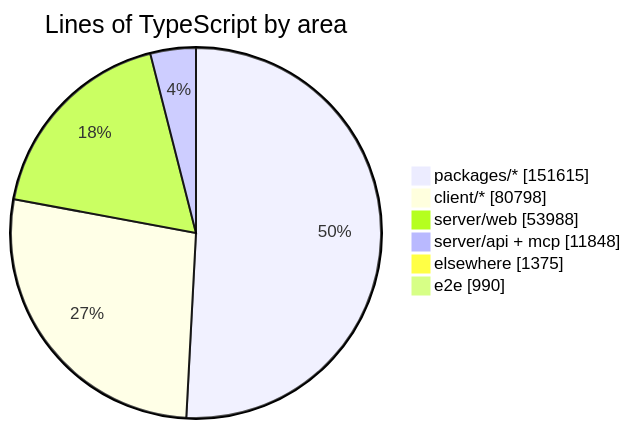
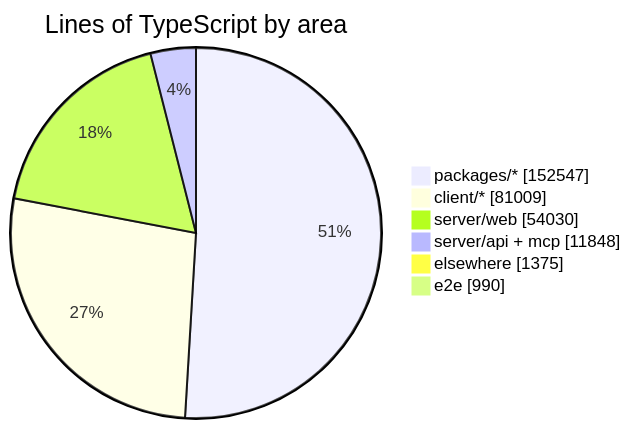
One commit to crossworks-engineering/mantle changed the diagram in README.md. Above: the diagram before and after it, drawn with Mermaid. The commit also changed other lines of this file and 4 other files, not shown here.

````diff
--- a/README.md
+++ b/README.md
@@ -279,9 +279,9 @@
 ```mermaid
 pie showData title Lines of TypeScript by area
-    "packages/*" : 151615
-    "client/*" : 80798
-    "server/web" : 53988
+    "packages/*" : 152547
+    "client/*" : 81009
+    "server/web" : 54030
     "server/api + mcp" : 11848
     "elsewhere" : 1375
     "e2e" : 990
 ```
````
